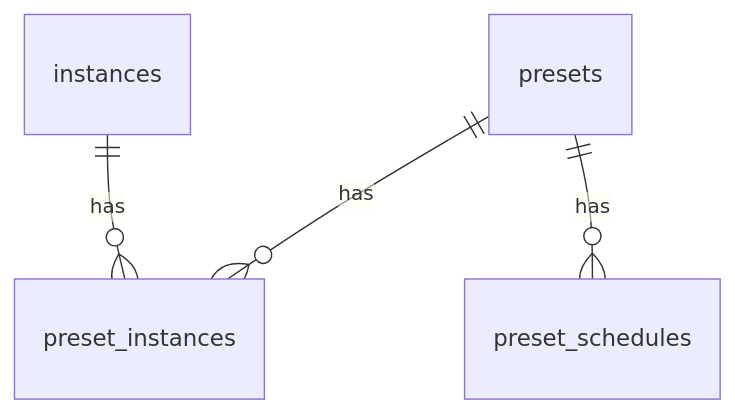
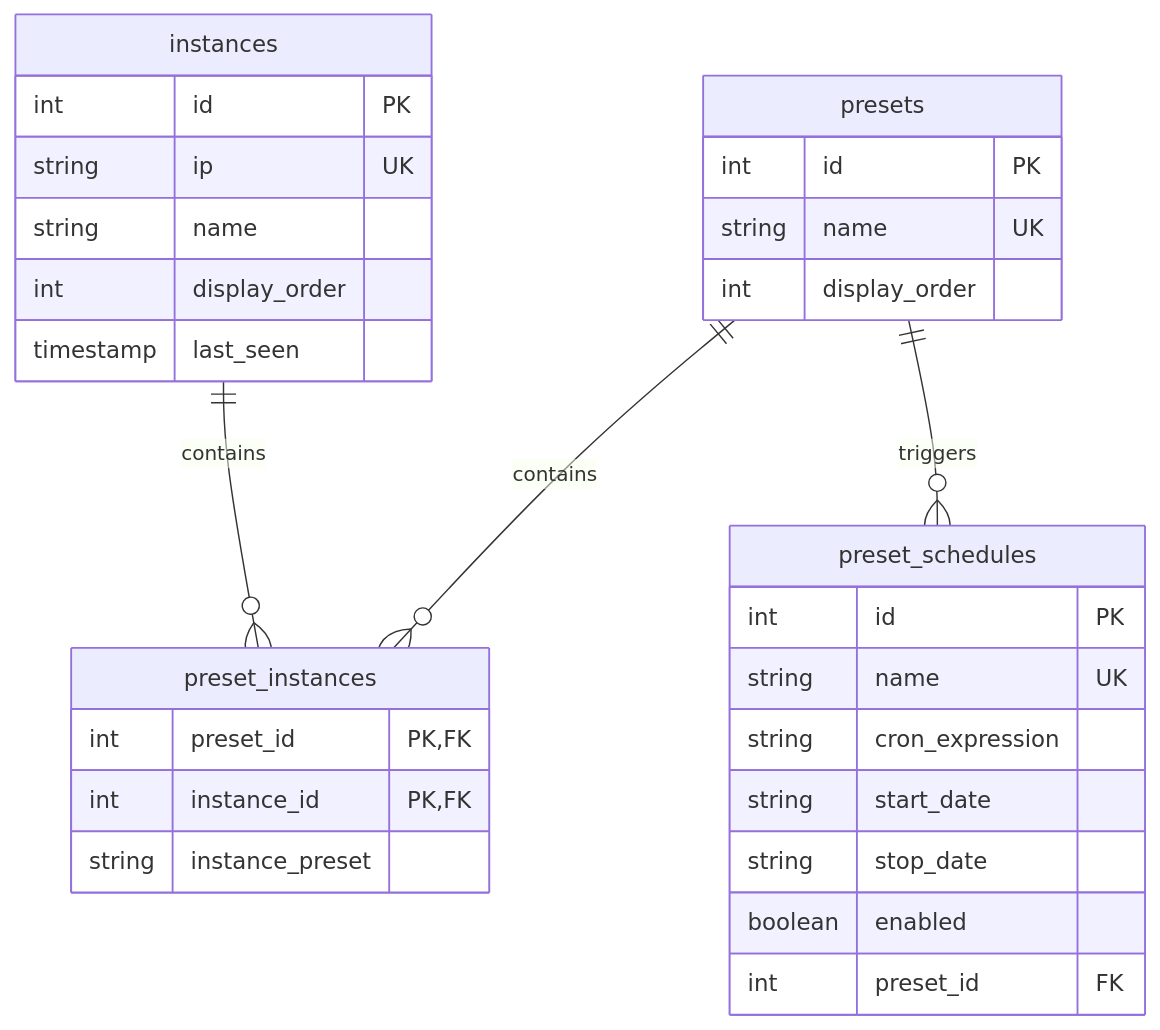
Before and after one commit to RenautMestdagh/wled-dashboard: the diagram in backend/README.md, drawn with Mermaid. The commit also changed 1 other file, not shown here.

````diff
--- a/backend/README.md
+++ b/backend/README.md
@@ -66,6 +66,32 @@
 ```mermaid
 erDiagram
-    instances ||--o{ preset_instances : has
-    presets ||--o{ preset_instances : has
-    presets ||--o{ preset_schedules : has
+    instances ||--o{ preset_instances : contains
+    presets ||--o{ preset_instances : contains
+    presets ||--o{ preset_schedules : triggers
+    instances {
+        int id PK
+        string ip UK
+        string name
+        int display_order
+        timestamp last_seen
+    }
+    presets {
+        int id PK
+        string name UK
+        int display_order
+    }
+    preset_instances {
+        int preset_id PK,FK
+        int instance_id PK,FK
+        string instance_preset
+    }
+    preset_schedules {
+        int id PK
+        string name UK
+        string cron_expression
+        string start_date
+        string stop_date
+        boolean enabled
+        int preset_id FK
+    }
 ```
````
